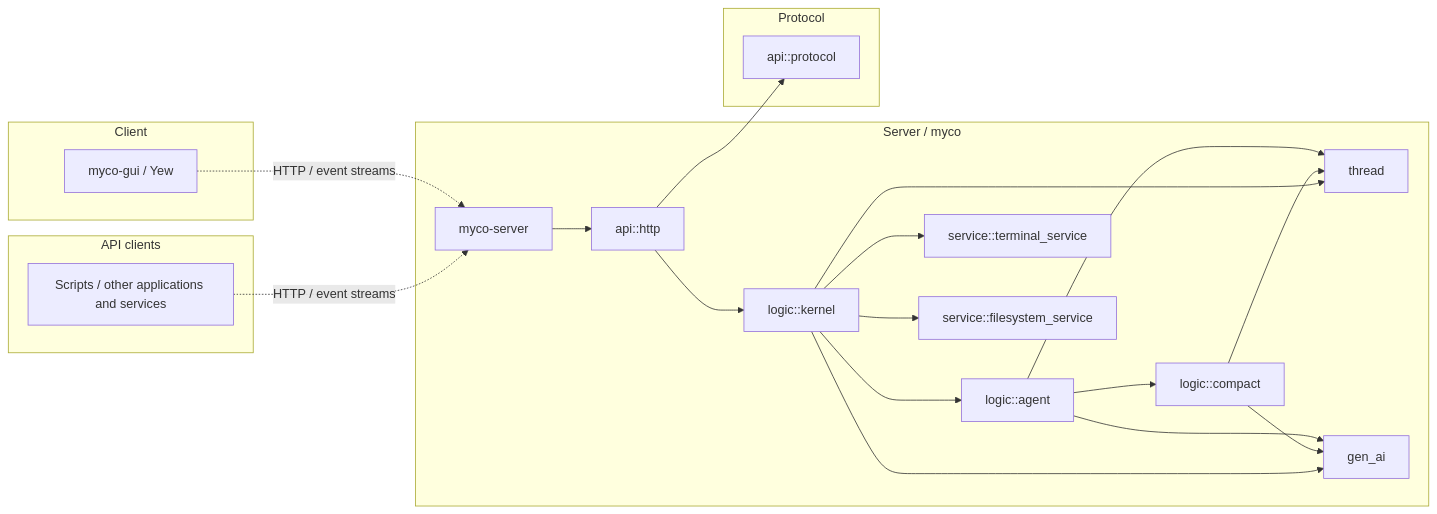
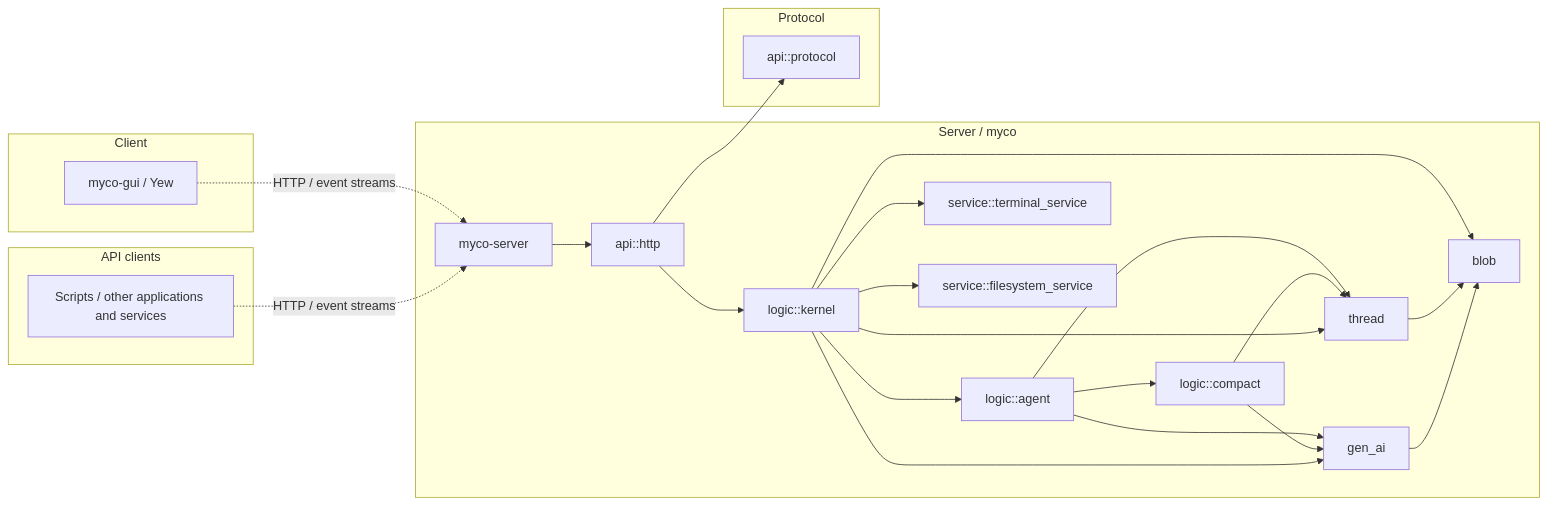
Before and after one commit to tsnl/myco: the diagram in DESIGN.md, drawn with Mermaid. The commit also changed other lines of this file and 21 other files, not shown here.

````diff
--- a/DESIGN.md
+++ b/DESIGN.md
@@ -29,31 +30,34 @@
 ```mermaid
 flowchart LR
     subgraph Server["Server / myco"]
         server[myco-server] --> http[api::http]
         http --> kernel[logic::kernel]
         kernel --> agent[logic::agent]
         agent --> compact[logic::compact]
         agent --> thread
         agent --> gen_ai
         compact --> thread
         compact --> gen_ai
         kernel --> thread
         kernel --> gen_ai
+        kernel --> blob
         thread[thread]
         gen_ai[gen_ai]
+        thread --> blob[blob]
+        gen_ai --> blob
         kernel --> terminal[service::terminal_service]
         kernel --> filesystem[service::filesystem_service]
     end
     subgraph Protocol
         protocol[api::protocol]
     end
     subgraph Client
         gui[myco-gui / Yew]
     end
     subgraph Integrations[API clients]
         scripts["Scripts / other applications and services"]
     end
     http --> protocol
     gui -. HTTP / event streams .-> server
     scripts -. HTTP / event streams .-> server
 ```
````
